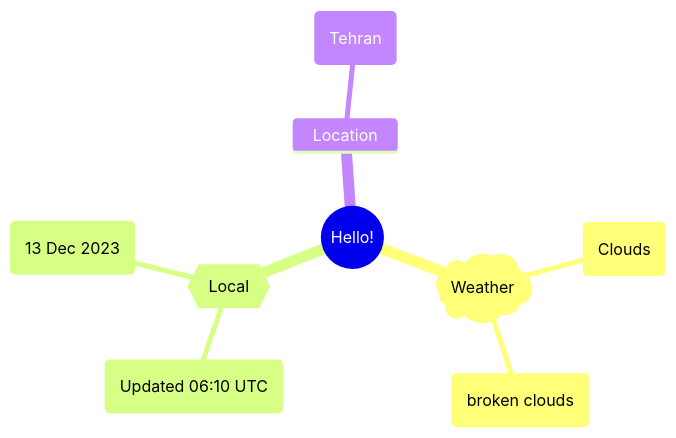
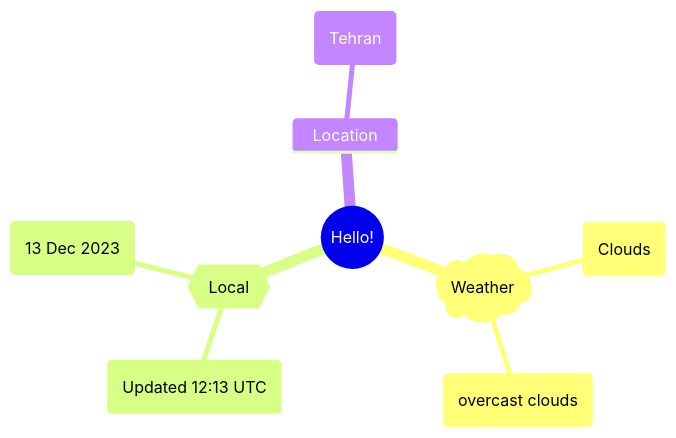
The first of 2 diagrams in README.md (Xosrov/Xosrov), drawn with Mermaid before and after one commit.

Commit message:
[bot] updated images

````diff
--- a/README.md
+++ b/README.md
@@ -3,12 +3,12 @@
 ```mermaid
 mindmap
   root((Hello!))
     )Weather(
         (Clouds)
-        (broken clouds)
+        (overcast clouds)
     {{Local}}
-        (Updated 06:10 UTC)
+        (Updated 12:13 UTC)
         (13 Dec 2023)
     Location
         (Tehran)
 ```
````
